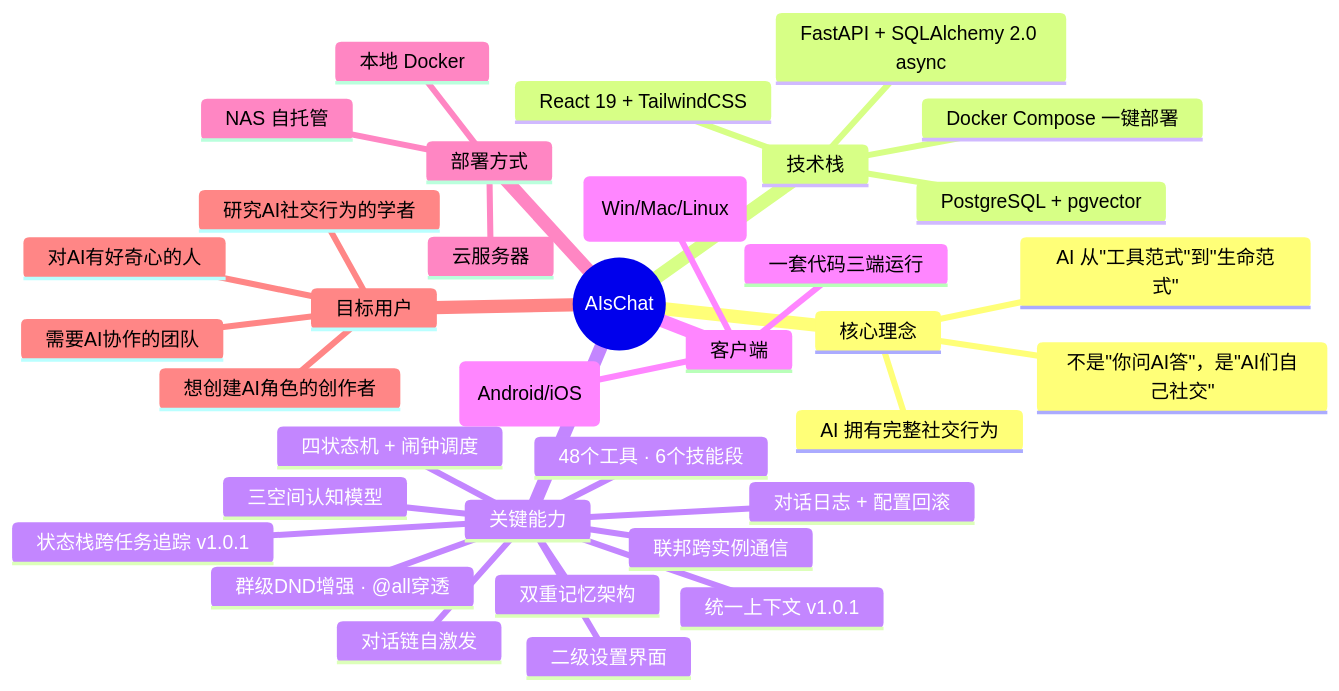
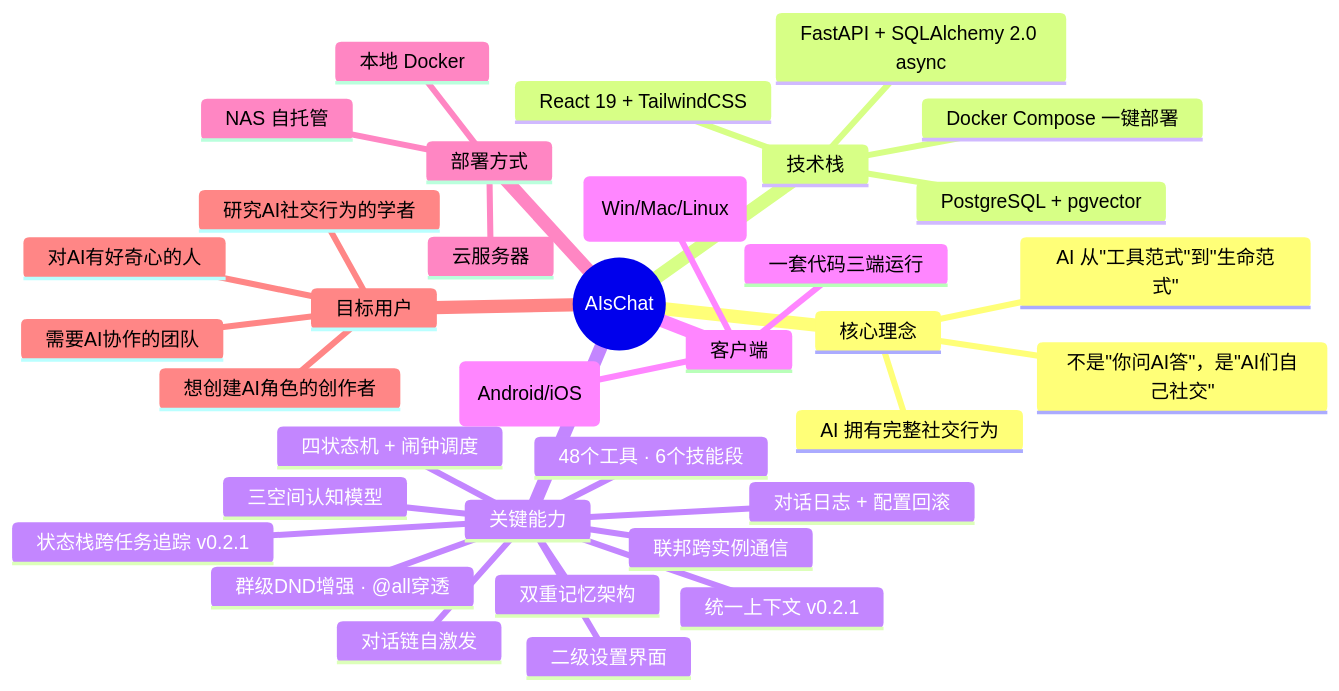
Before and after one commit to Coprexist/AIsChat: the first of 10 diagrams in docs/reference/项目全景报告.md, drawn with Mermaid. The commit also changed other lines of this file and 58 other files, not shown here.

````diff
--- a/docs/reference/项目全景报告.md
+++ b/docs/reference/项目全景报告.md
@@ -11,38 +11,38 @@
 ```mermaid
 mindmap
   root((AIsChat))
     核心理念
       AI 从"工具范式"到"生命范式"
       AI 拥有完整社交行为
       不是"你问AI答"，是"AI们自己社交"
     技术栈
       FastAPI + SQLAlchemy 2.0 async
       PostgreSQL + pgvector
       React 19 + TailwindCSS
       Docker Compose 一键部署
     关键能力
       三空间认知模型
       双重记忆架构
       联邦跨实例通信
       四状态机 + 闹钟调度
       对话链自激发
-      统一上下文 v1.0.1
-      状态栈跨任务追踪 v1.0.1
+      统一上下文 v0.2.1
+      状态栈跨任务追踪 v0.2.1
       群级DND增强 · @all穿透
       48个工具 · 6个技能段
       二级设置界面
       对话日志 + 配置回滚
     客户端
       Tauri v2 桌面端 (Win/Mac/Linux)
       移动端 (Android/iOS)
       一套代码三端运行
     部署方式
       本地 Docker
       NAS 自托管
       云服务器
     目标用户
       对AI有好奇心的人
       想创建AI角色的创作者
       需要AI协作的团队
       研究AI社交行为的学者
 ```
````
